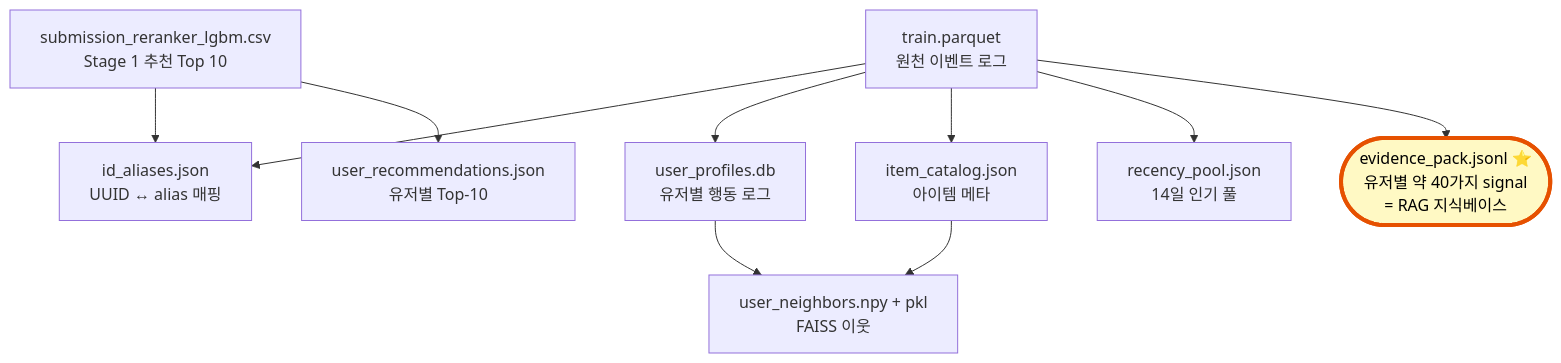
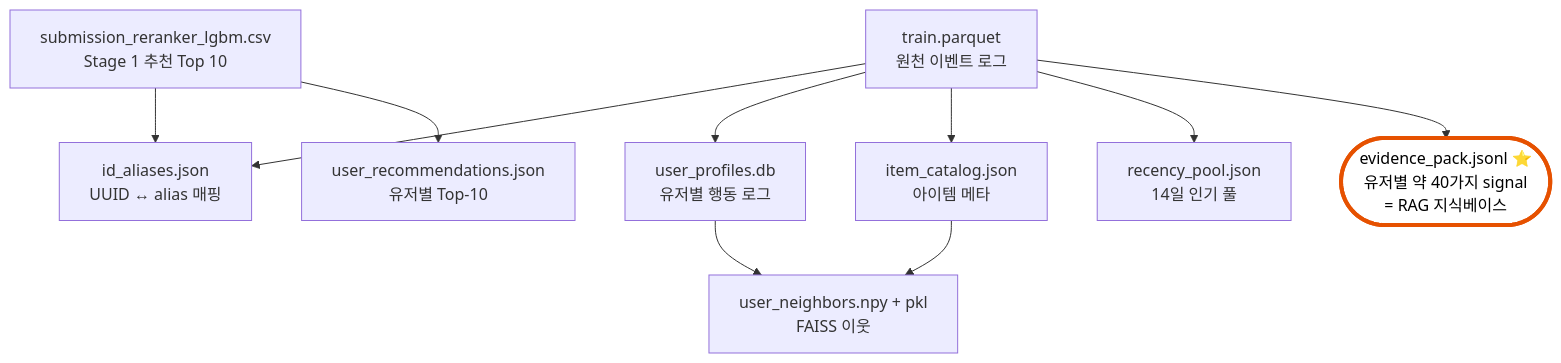
Before and after one commit to yoon-chung/recsys-commerce: the second of 2 diagrams in service/README_mvp.md, drawn with Mermaid.

````diff
--- a/service/README_mvp.md
+++ b/service/README_mvp.md
@@ -109,19 +109,20 @@
 ```mermaid
+%%{init: {'theme':'default', 'themeVariables': {'background':'#fff9c4'}}}%%
 flowchart TB
   T[train.parquet<br/>원천 이벤트 로그]
   S[submission_reranker_lgbm.csv<br/>Stage 1 추천 Top 10]
 
   T --> A[id_aliases.json<br/>UUID ↔ alias 매핑]
   S --> A
 
   T --> P[user_profiles.db<br/>유저별 행동 로그]
   T --> C[item_catalog.json<br/>아이템 메타]
   S --> R[user_recommendations.json<br/>유저별 Top-10]
   T --> Y[recency_pool.json<br/>14일 인기 풀]
   T --> E([evidence_pack.jsonl ⭐<br/>유저별 약 40가지 signal<br/>= RAG 지식베이스])
 
   P --> F[user_neighbors.npy + pkl<br/>FAISS 이웃]
   C --> F
 
-  style E fill:#fff9c4,stroke:#e65100,stroke-width:4px,color:#000
+  style E fill:#ffffff,stroke:#e65100,stroke-width:4px,color:#000
 ```
````
